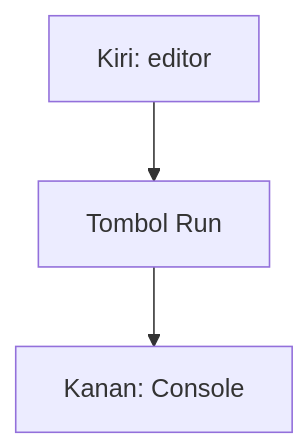
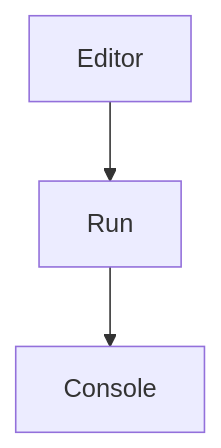
One commit to antonprafanto/mobile2026 changed the second of 7 diagrams in modul-07-rest/README.md. Above: the diagram before and after it, drawn with Mermaid. The commit also changed other lines of this file and 2 other files, not shown here.

Commit message:
Clarify Modul 07 after GitHub preview so mermaid labels fit and localhost is not one address.

````diff
--- a/modul-07-rest/README.md
+++ b/modul-07-rest/README.md
@@ -33,5 +33,5 @@
 ```mermaid
 flowchart TB
-  Kiri["Kiri: editor"] --> Run["Tombol Run"]
-  Run --> Kanan["Kanan: Console"]
+  Kiri["Editor"] --> Run["Run"]
+  Run --> Kanan["Console"]
 ```
````
